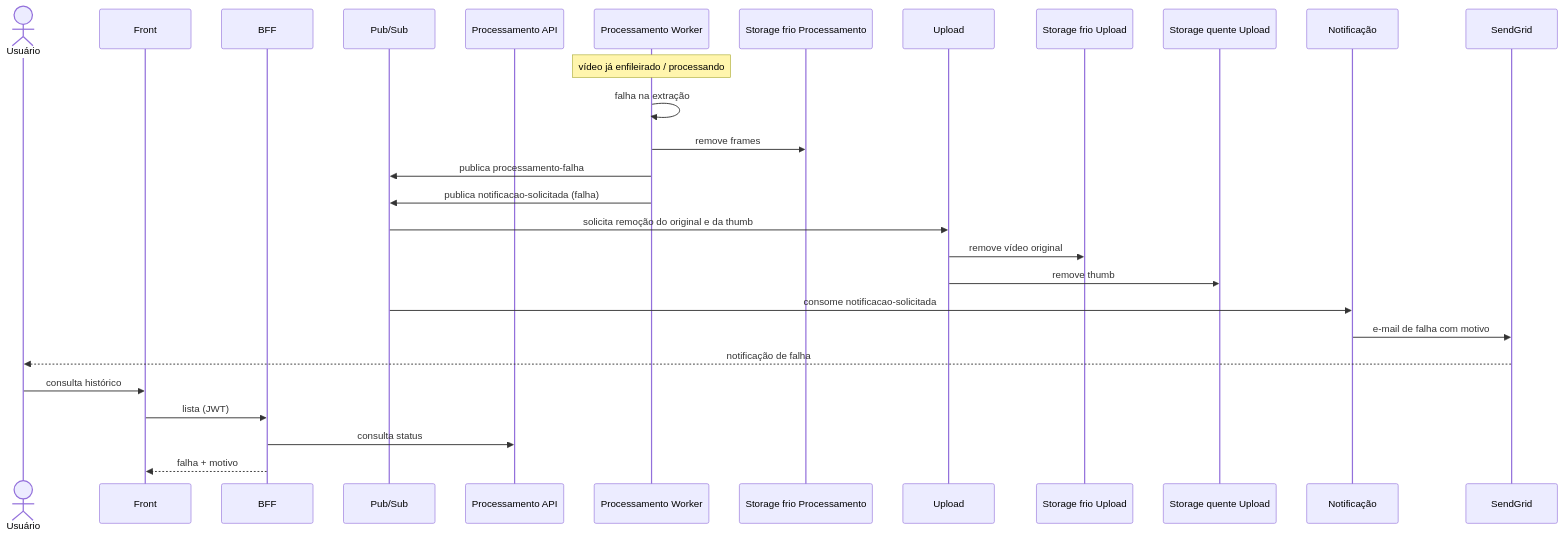
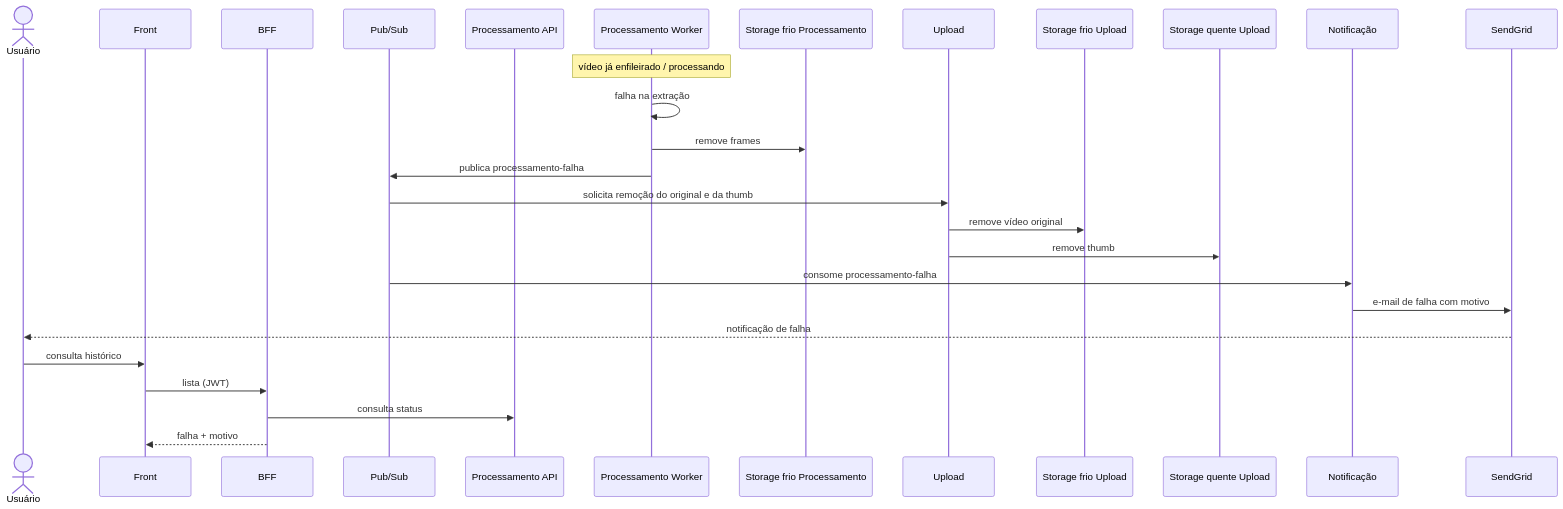
One commit to fiap-x-vcosta/docs changed the diagram in fluxo-e-estados/05_falha-no-processamento.md. Above: the diagram before and after it, drawn with Mermaid. The commit also changed 15 other files, not shown here.

````diff
--- a/fluxo-e-estados/05_falha-no-processamento.md
+++ b/fluxo-e-estados/05_falha-no-processamento.md
@@ -1,31 +1,30 @@
 ```mermaid
 sequenceDiagram
   actor U as Usuário
   participant Web as Front
   participant BFF as BFF
   participant Bus as Pub/Sub
   participant Api as Processamento API
   participant Worker as Processamento Worker
   participant FrioProc as Storage frio Processamento
   participant Up as Upload
   participant FrioUp as Storage frio Upload
   participant Quente as Storage quente Upload
   participant Notif as Notificação
   participant SG as SendGrid
 
   Note over Worker: vídeo já enfileirado / processando
   Worker->>Worker: falha na extração
   Worker->>FrioProc: remove frames
   Worker->>Bus: publica processamento-falha
-  Worker->>Bus: publica notificacao-solicitada (falha)
   Bus->>Up: solicita remoção do original e da thumb
   Up->>FrioUp: remove vídeo original
   Up->>Quente: remove thumb
-  Bus->>Notif: consome notificacao-solicitada
+  Bus->>Notif: consome processamento-falha
   Notif->>SG: e-mail de falha com motivo
   SG-->>U: notificação de falha
   U->>Web: consulta histórico
   Web->>BFF: lista (JWT)
   BFF->>Api: consulta status
   BFF-->>Web: falha + motivo
 ```
````
